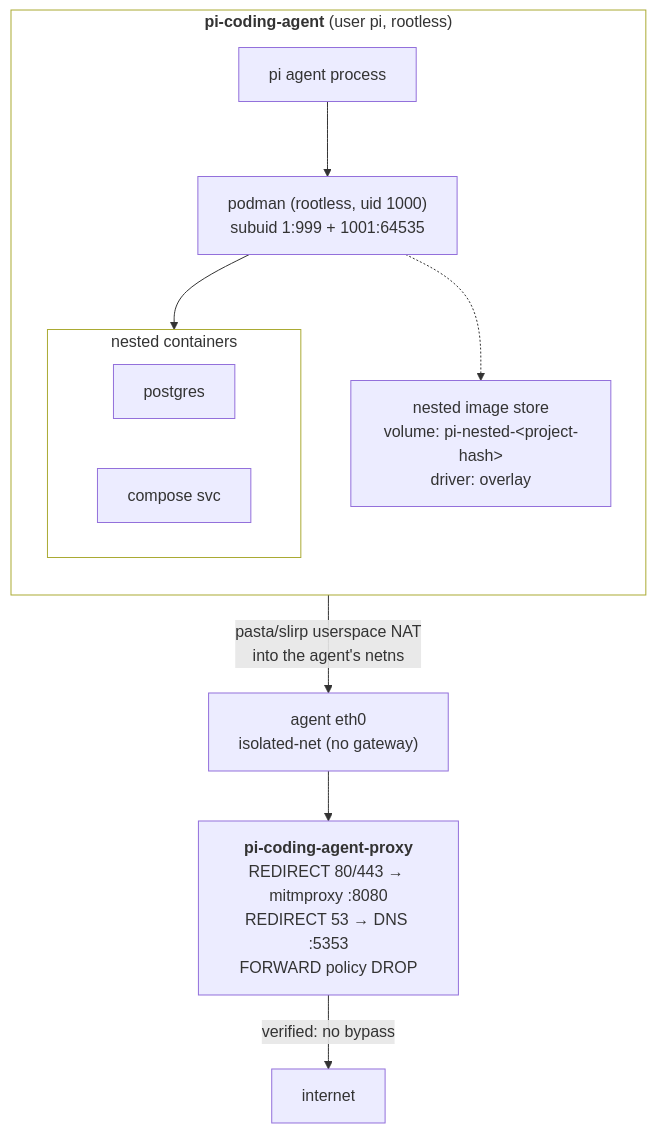
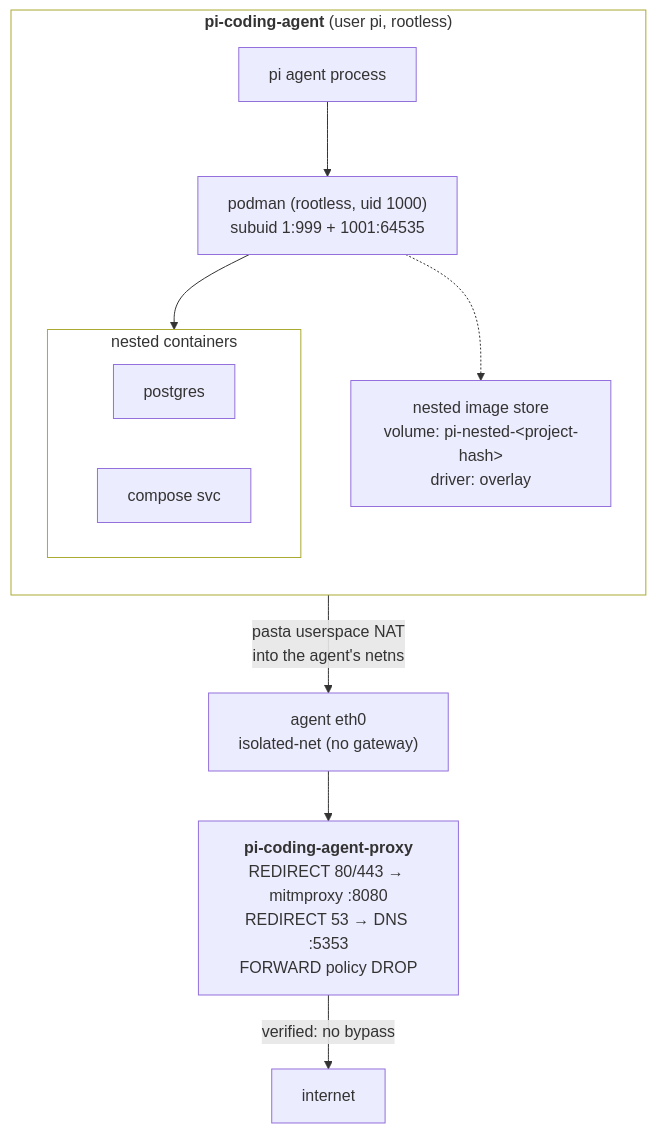
One commit to mikkovihonen/pi-container changed the diagram in docs/design/nested-containers.md. Above: the diagram before and after it, drawn with Mermaid. The commit also changed other lines of this file and 31 other files, not shown here.

````diff
--- a/docs/design/nested-containers.md
+++ b/docs/design/nested-containers.md
@@ -110,26 +116,26 @@
 ```mermaid
 flowchart TB
     subgraph agent["<b>pi-coding-agent</b> (user pi, rootless)"]
         direction TB
         pi["pi agent process"]
         pod["podman (rootless, uid 1000)<br/>subuid 1:999 + 1001:64535"]
         subgraph inner["nested containers"]
             direction LR
             c1["postgres"]
             c2["compose svc"]
         end
         store["nested image store<br/>volume: pi-nested-&lt;project-hash&gt;<br/>driver: overlay"]
     end
     style agent fill:none,text-align:left
     style inner fill:none,text-align:left
 
     eth0["agent eth0<br/>isolated-net (no gateway)"]
     proxy["<b>pi-coding-agent-proxy</b><br/>REDIRECT 80/443 → mitmproxy :8080<br/>REDIRECT 53 → DNS :5353<br/>FORWARD policy DROP"]
 
     pi --> pod
     pod --> inner
     pod -.-> store
-    inner -->|pasta/slirp userspace NAT<br/>into the agent's netns| eth0
+    inner -->|pasta userspace NAT<br/>into the agent's netns| eth0
     eth0 --> proxy
     proxy -->|verified: no bypass| internet["internet"]
 ```
````
